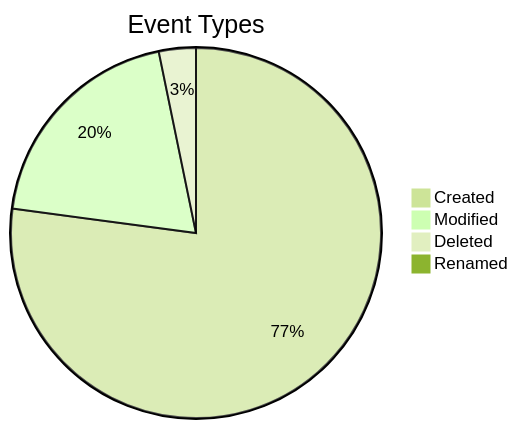
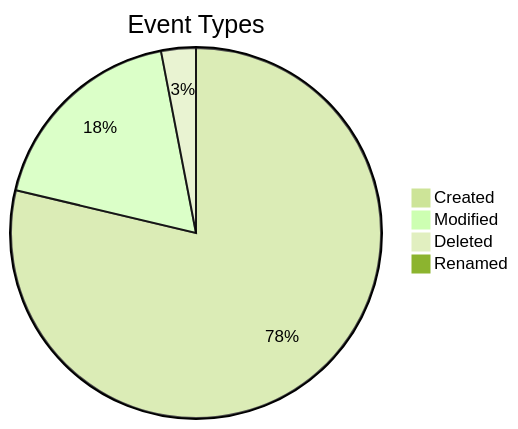
The diagram in OBSERVATORIES/Activity Observatory.md (aetrigg/obsidian-universe-public), drawn with Mermaid (forest theme) before and after one commit. The commit also changed other lines of this file, not shown here.

````diff
--- a/OBSERVATORIES/Activity Observatory.md
+++ b/OBSERVATORIES/Activity Observatory.md
@@ -32,8 +32,8 @@
 ```mermaid
 pie
     title Event Types
-    "Created" : 20281
-    "Modified" : 5171
-    "Deleted" : 849
+    "Created" : 22016
+    "Modified" : 5105
+    "Deleted" : 847
     "Renamed" : 96
 ```
````
